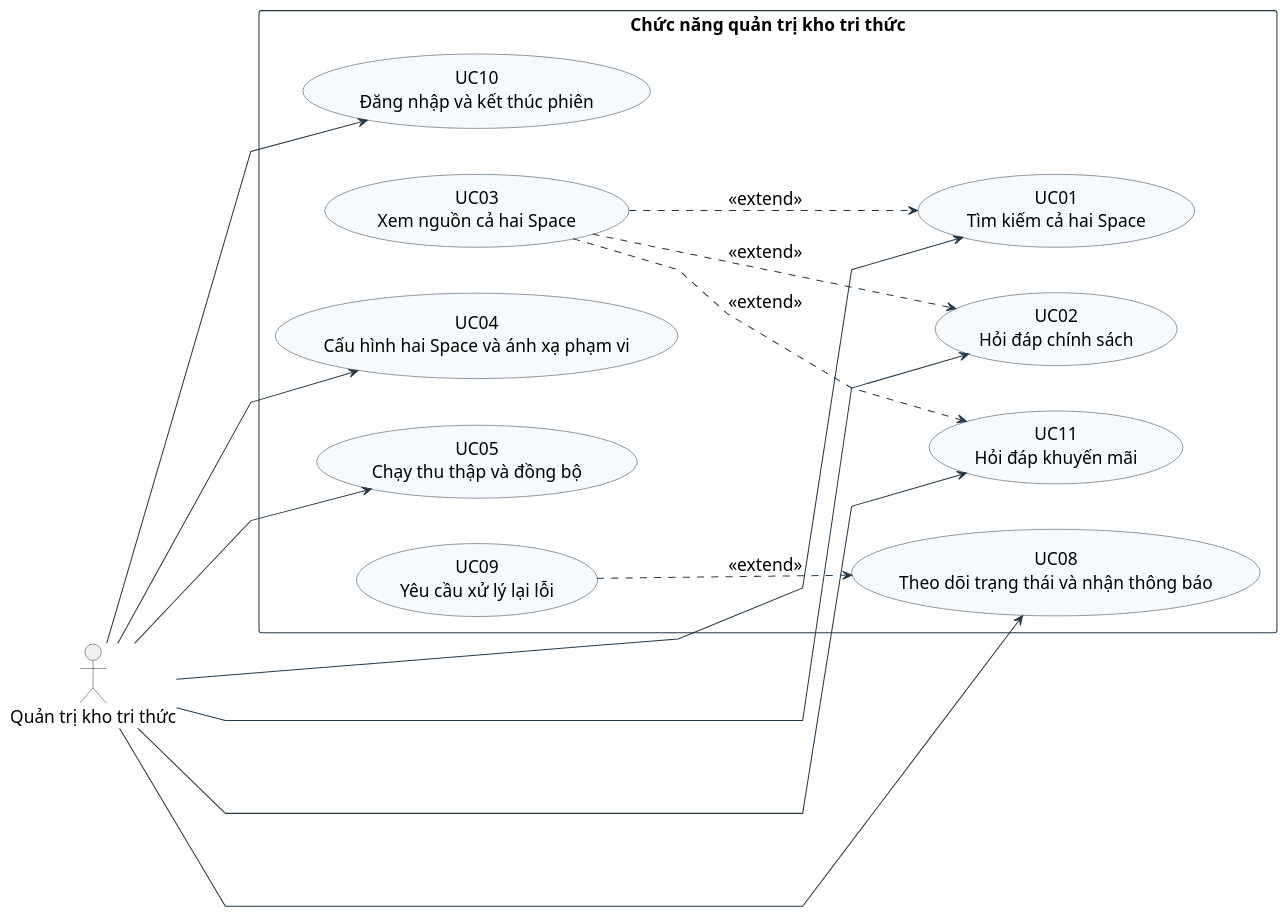
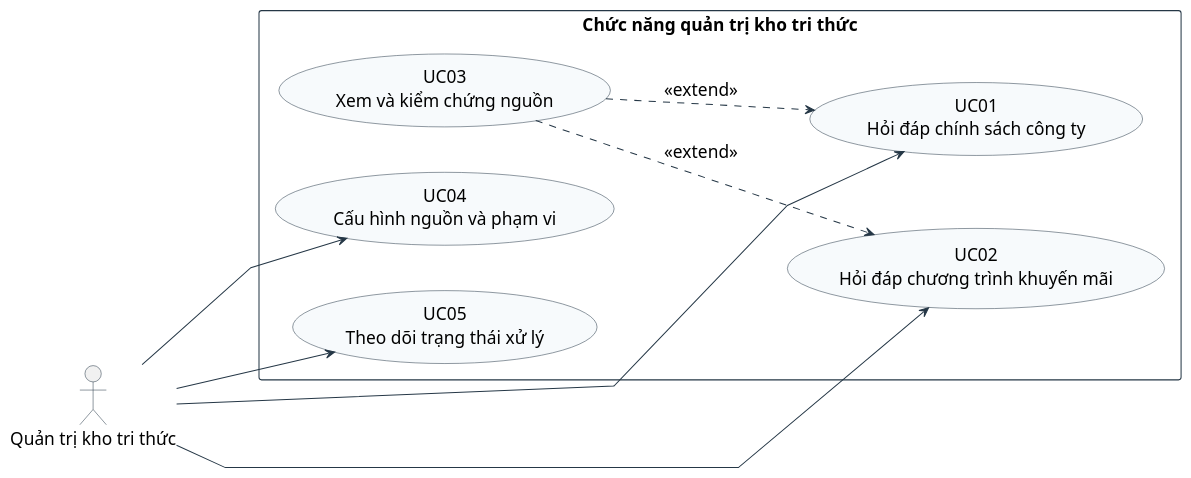
The diagram in docs/use-cases/diagrams/04-usecase-quan-tri.puml (21tuoino12trieu/Do-An-Ki-Su), drawn with PlantUML before and after one commit. The commit also changed 13 other files, not shown here.

```diff
--- a/docs/use-cases/diagrams/04-usecase-quan-tri.puml
+++ b/docs/use-cases/diagrams/04-usecase-quan-tri.puml
@@ -1,40 +1,31 @@
 @startuml 04-usecase-quan-tri
 
 left to right direction
 skinparam shadowing false
 skinparam linetype polyline
 skinparam nodesep 45
 skinparam ranksep 95
 skinparam defaultFontName Arial
 skinparam defaultFontSize 17
 skinparam actorStyle stickman
 skinparam BackgroundColor white
 skinparam ArrowColor #253746
 skinparam usecaseBackgroundColor #F7FAFC
 skinparam usecaseBorderColor #253746
 skinparam rectangleBorderColor #253746
 skinparam actorBorderColor #253746
 actor "Quản trị kho tri thức" as QT
 rectangle "Chức năng quản trị kho tri thức" as ADMIN {
-  usecase "UC10\nĐăng nhập và kết thúc phiên" as A10
-  usecase "UC01\nTìm kiếm cả hai Space" as A01
-  usecase "UC02\nHỏi đáp chính sách" as A02
-  usecase "UC11\nHỏi đáp khuyến mãi" as A11
-  usecase "UC03\nXem nguồn cả hai Space" as A03
-  usecase "UC04\nCấu hình hai Space và ánh xạ phạm vi" as A04
-  usecase "UC05\nChạy thu thập và đồng bộ" as A05
-  usecase "UC08\nTheo dõi trạng thái và nhận thông báo" as A08
-  usecase "UC09\nYêu cầu xử lý lại lỗi" as A09
+  usecase "UC01\nHỏi đáp chính sách công ty" as A01
+  usecase "UC02\nHỏi đáp chương trình khuyến mãi" as A02
+  usecase "UC03\nXem và kiểm chứng nguồn" as A03
+  usecase "UC04\nCấu hình nguồn và phạm vi" as A04
+  usecase "UC05\nTheo dõi trạng thái xử lý" as A05
 }
-QT --> A10
 QT --> A01
 QT --> A02
-QT --> A11
 QT --> A04
 QT --> A05
-QT --> A08
 A03 ..> A01 : <<extend>>
 A03 ..> A02 : <<extend>>
-A03 ..> A11 : <<extend>>
-A09 ..> A08 : <<extend>>
 @enduml
```
